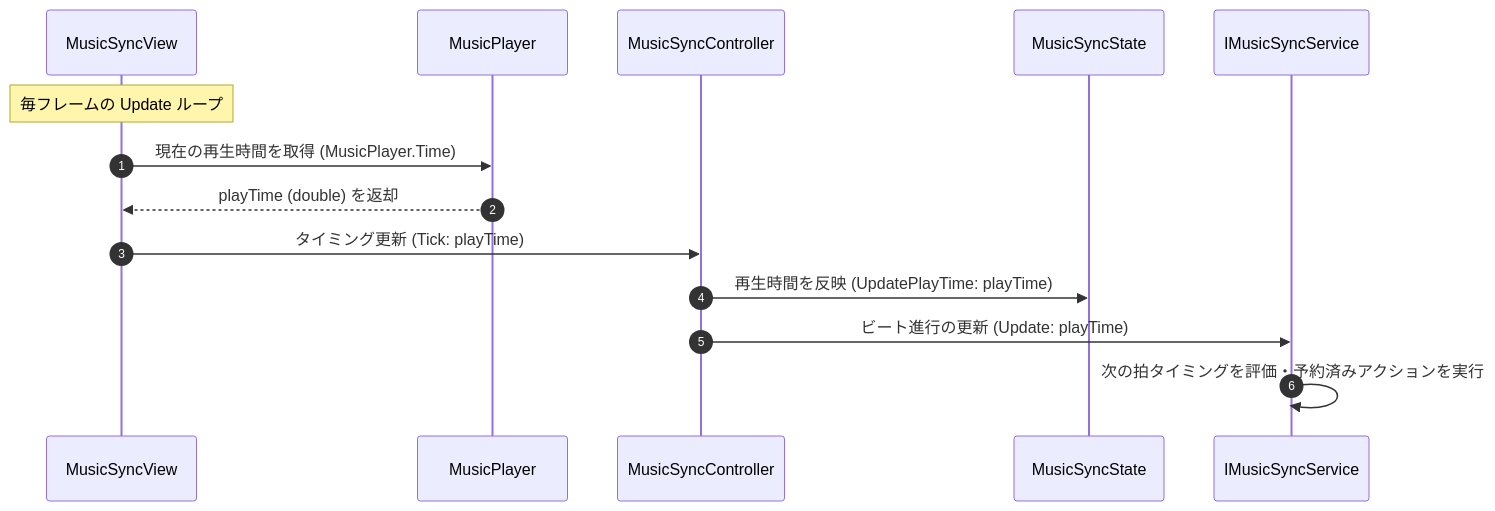
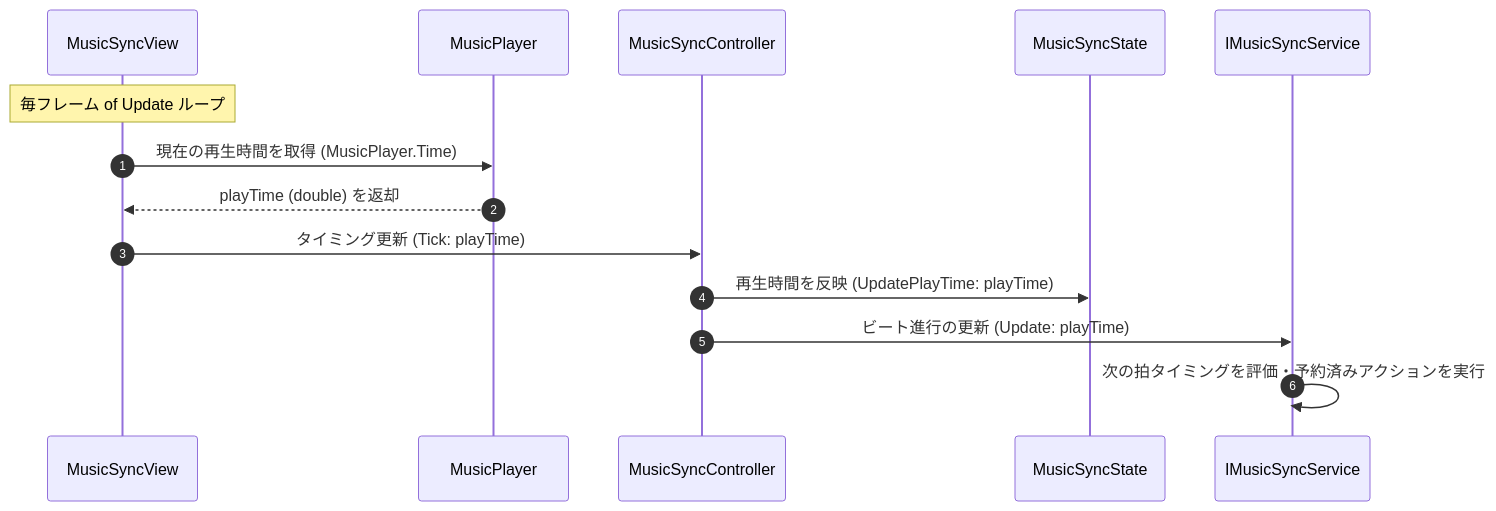
One commit to HIBIKI5201/SymphonyKillChord changed the second of 4 diagrams in Assets/Docs/ScriptsDocs/Modules/NotionModuleDocs/Music.md. Above: the diagram before and after it, drawn with Mermaid. The commit also changed other lines of this file and 5 other files, not shown here.

````diff
--- a/Assets/Docs/ScriptsDocs/Modules/NotionModuleDocs/Music.md
+++ b/Assets/Docs/ScriptsDocs/Modules/NotionModuleDocs/Music.md
@@ -84,17 +122,17 @@
 ```mermaid
 sequenceDiagram
     autonumber
     participant MSView as MusicSyncView
     participant MPlayer as MusicPlayer
     participant MSCont as MusicSyncController
     participant MSState as MusicSyncState
     participant MSService as IMusicSyncService
 
-    Note over MSView: 毎フレームの Update ループ
+    Note over MSView: 毎フレーム of Update ループ
     MSView ->> MPlayer: 現在の再生時間を取得 (MusicPlayer.Time)
     MPlayer -->> MSView: playTime (double) を返却
     MSView ->> MSCont: タイミング更新 (Tick: playTime)
     MSCont ->> MSState: 再生時間を反映 (UpdatePlayTime: playTime)
     MSCont ->> MSService: ビート進行の更新 (Update: playTime)
     MSService ->> MSService: 次の拍タイミングを評価・予約済みアクションを実行
 ```
````
